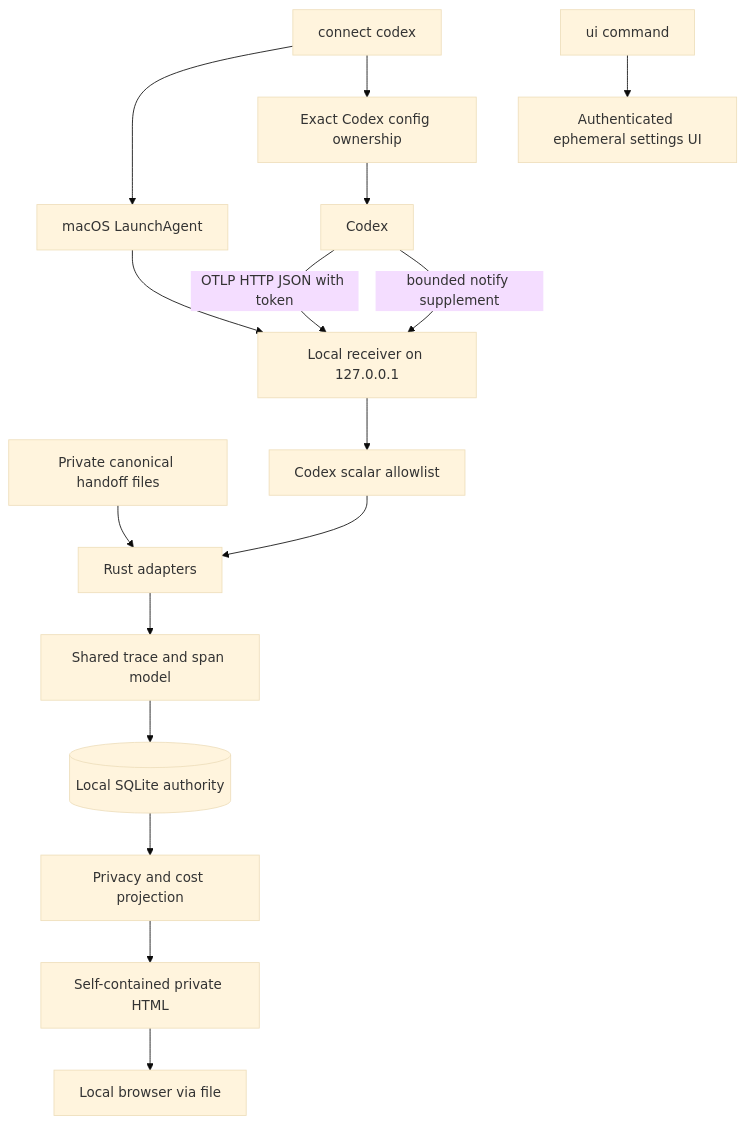
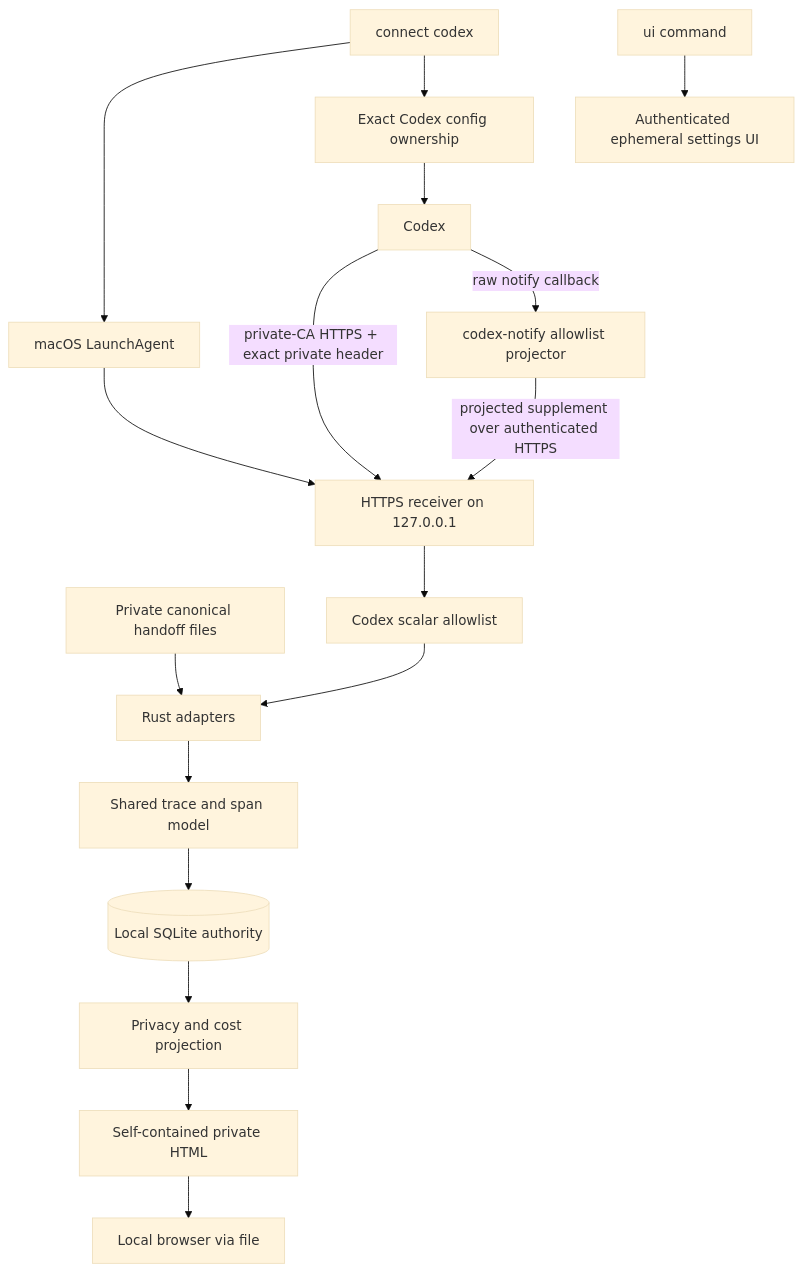
One commit to MCprotein/agent-observability changed the first of 2 diagrams in README.md. Above: the diagram before and after it, drawn with Mermaid (base theme). The commit also changed other lines of this file and 25 other files, not shown here.

````diff
--- a/README.md
+++ b/README.md
@@ -196,18 +217,19 @@
 ```mermaid
 flowchart TB
-    Codex["Codex"] -->|"OTLP HTTP JSON with token"| Receiver["Local receiver on 127.0.0.1"]
-    Codex -->|"bounded notify supplement"| Receiver
+    Codex["Codex"] -->|"private-CA HTTPS + exact private header"| Receiver["HTTPS receiver on 127.0.0.1"]
+    Codex -->|"raw notify callback"| Notify["codex-notify allowlist projector"]
+    Notify -->|"projected supplement over authenticated HTTPS"| Receiver
     Manual["Private canonical handoff files"] --> Adapters["Rust adapters"]
     Receiver --> Allowlist["Codex scalar allowlist"]
     Allowlist --> Adapters
     Adapters --> Domain["Shared trace and span model"]
     Domain --> Store[("Local SQLite authority")]
     Store --> Report["Privacy and cost projection"]
     Report --> HTML["Self-contained private HTML"]
     HTML --> Browser["Local browser via file"]
     Connect["connect codex"] --> LaunchAgent["macOS LaunchAgent"]
     Connect --> Ownership["Exact Codex config ownership"]
     LaunchAgent --> Receiver
     Ownership --> Codex
     Settings["ui command"] --> Config["Authenticated ephemeral settings UI"]
 ```
````
